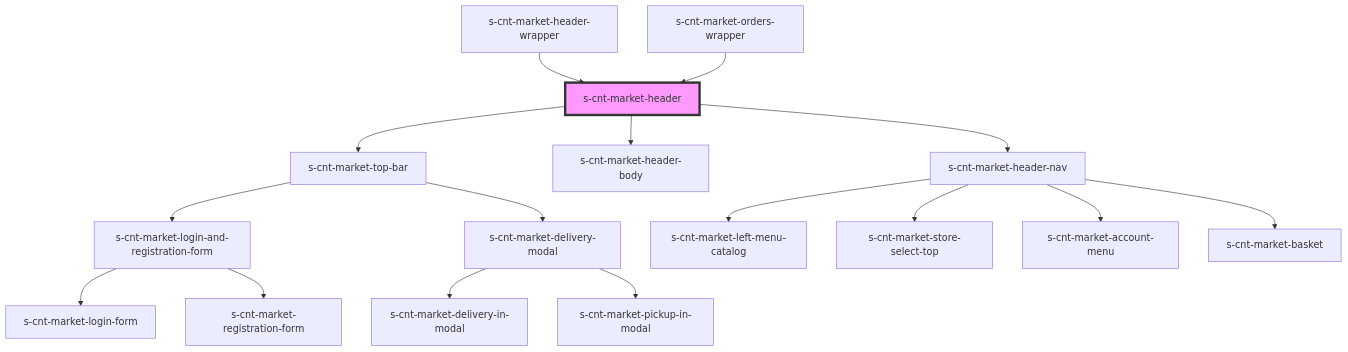
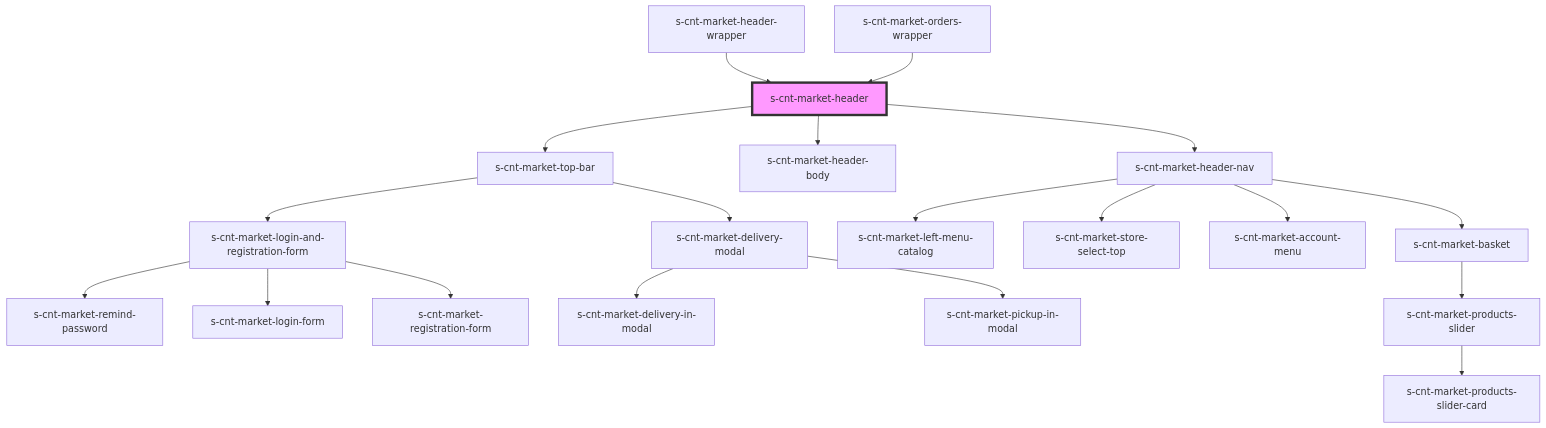
Before and after one commit to saqhan/stencil-market: the diagram in src/components/group-b/res/view/s-cnt-market-header-wrapper/res/view/s-cnt-market-header/readme.md, drawn with Mermaid. The commit also changed 38 other files, not shown here.

````diff
--- a/src/components/group-b/res/view/s-cnt-market-header-wrapper/res/view/s-cnt-market-header/readme.md
+++ b/src/components/group-b/res/view/s-cnt-market-header-wrapper/res/view/s-cnt-market-header/readme.md
@@ -37,19 +37,22 @@
 ```mermaid
 graph TD;
   s-cnt-market-header --> s-cnt-market-top-bar
   s-cnt-market-header --> s-cnt-market-header-body
   s-cnt-market-header --> s-cnt-market-header-nav
   s-cnt-market-top-bar --> s-cnt-market-login-and-registration-form
   s-cnt-market-top-bar --> s-cnt-market-delivery-modal
+  s-cnt-market-login-and-registration-form --> s-cnt-market-remind-password
   s-cnt-market-login-and-registration-form --> s-cnt-market-login-form
   s-cnt-market-login-and-registration-form --> s-cnt-market-registration-form
   s-cnt-market-delivery-modal --> s-cnt-market-delivery-in-modal
   s-cnt-market-delivery-modal --> s-cnt-market-pickup-in-modal
   s-cnt-market-header-nav --> s-cnt-market-left-menu-catalog
   s-cnt-market-header-nav --> s-cnt-market-store-select-top
   s-cnt-market-header-nav --> s-cnt-market-account-menu
   s-cnt-market-header-nav --> s-cnt-market-basket
+  s-cnt-market-basket --> s-cnt-market-products-slider
+  s-cnt-market-products-slider --> s-cnt-market-products-slider-card
   s-cnt-market-header-wrapper --> s-cnt-market-header
   s-cnt-market-orders-wrapper --> s-cnt-market-header
   style s-cnt-market-header fill:#f9f,stroke:#333,stroke-width:4px
 ```
````
